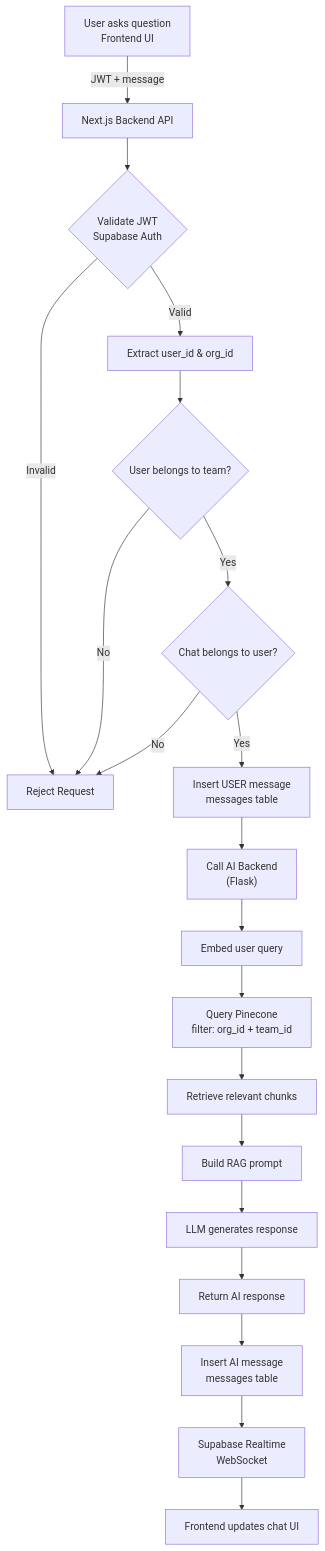
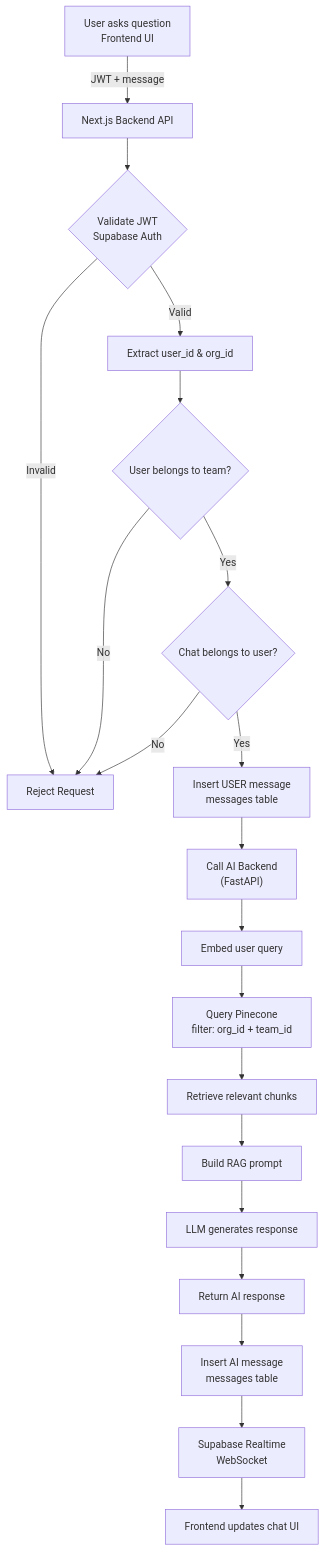
One commit to thanthtetaung4/Knoverse changed the diagram in flowcharts/aiChat.mmd. Above: the diagram before and after it, drawn with Mermaid. The commit also changed 9 other files, not shown here.

First line of the commit message:
Migrate knoverse-ai from Flask to FastAPI and manage deps with uv

```diff
--- a/flowcharts/aiChat.mmd
+++ b/flowcharts/aiChat.mmd
@@ -1,31 +1,31 @@
 flowchart TD
     U[User asks question<br/>Frontend UI] -->|JWT + message| N[Next.js Backend API]
 
     %% Auth & Validation
     N --> A{Validate JWT<br/>Supabase Auth}
     A -->|Invalid| X[Reject Request]
     A -->|Valid| B[Extract user_id & org_id]
 
     %% Authorization
     B --> C{User belongs to team?}
     C -->|No| X
     C -->|Yes| D{Chat belongs to user?}
 
     D -->|No| X
     D -->|Yes| E[Insert USER message<br/>messages table]
 
     %% AI Processing
-    E --> F["Call AI Backend<br/>(Flask)"]
+    E --> F["Call AI Backend<br/>(FastAPI)"]
     F --> G[Embed user query]
     G --> H[Query Pinecone<br/>filter: org_id + team_id]
     H --> I[Retrieve relevant chunks]
     I --> J[Build RAG prompt]
     J --> K[LLM generates response]
 
     %% Persist AI Message
     K --> L[Return AI response]
     L --> M[Insert AI message<br/>messages table]
 
     %% Realtime Update
     M --> R[Supabase Realtime<br/>WebSocket]
     R --> UI[Frontend updates chat UI]
```
